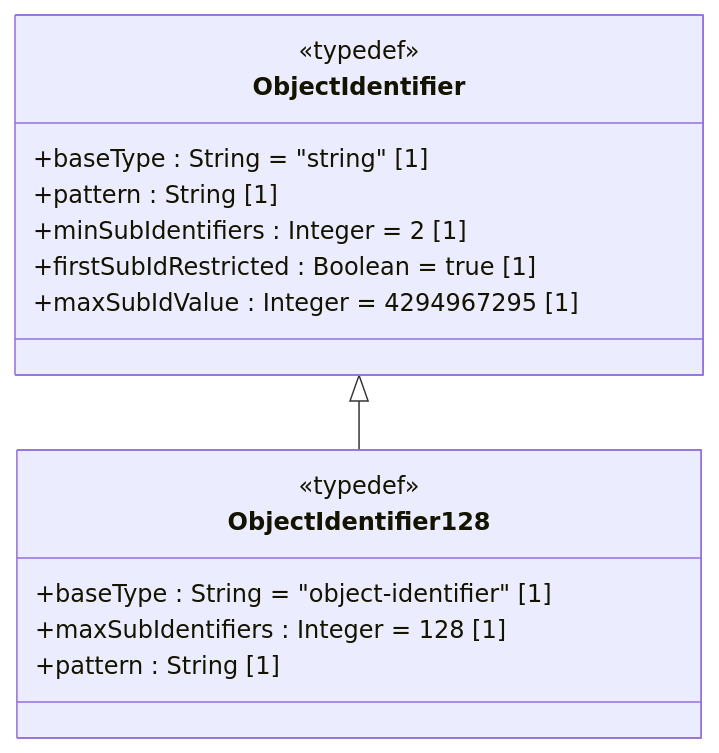
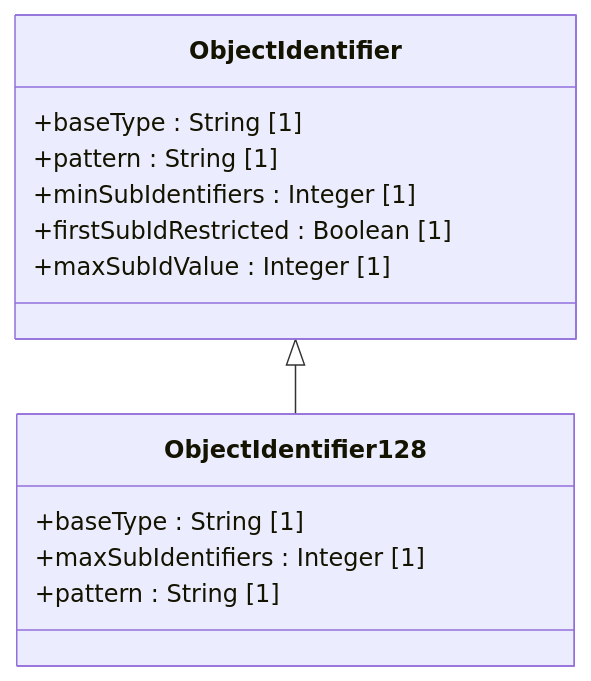
One commit to gintatkinson/dep-tst40 changed the diagram in docs/features/feat-19-object-identifier-types.md. Above: the diagram before and after it, drawn with Mermaid. The commit also changed other lines of this file and 16 other files, not shown here.

First line of the commit message:
docs: fix UML compliance — strip default values, stereotypes, placeholders, YANG types

````diff
--- a/docs/features/feat-19-object-identifier-types.md
+++ b/docs/features/feat-19-object-identifier-types.md
@@ -19,18 +19,16 @@
 ```mermaid
 classDiagram
     class ObjectIdentifier {
-        <<typedef>>
-        +baseType : String = "string" [1]
+        +baseType : String [1]
         +pattern : String [1]
-        +minSubIdentifiers : Integer = 2 [1]
-        +firstSubIdRestricted : Boolean = true [1]
-        +maxSubIdValue : Integer = 4294967295 [1]
+        +minSubIdentifiers : Integer [1]
+        +firstSubIdRestricted : Boolean [1]
+        +maxSubIdValue : Integer [1]
     }
     class ObjectIdentifier128 {
-        <<typedef>>
-        +baseType : String = "object-identifier" [1]
-        +maxSubIdentifiers : Integer = 128 [1]
+        +baseType : String [1]
+        +maxSubIdentifiers : Integer [1]
         +pattern : String [1]
     }
     ObjectIdentifier <|-- ObjectIdentifier128
 ```
````
